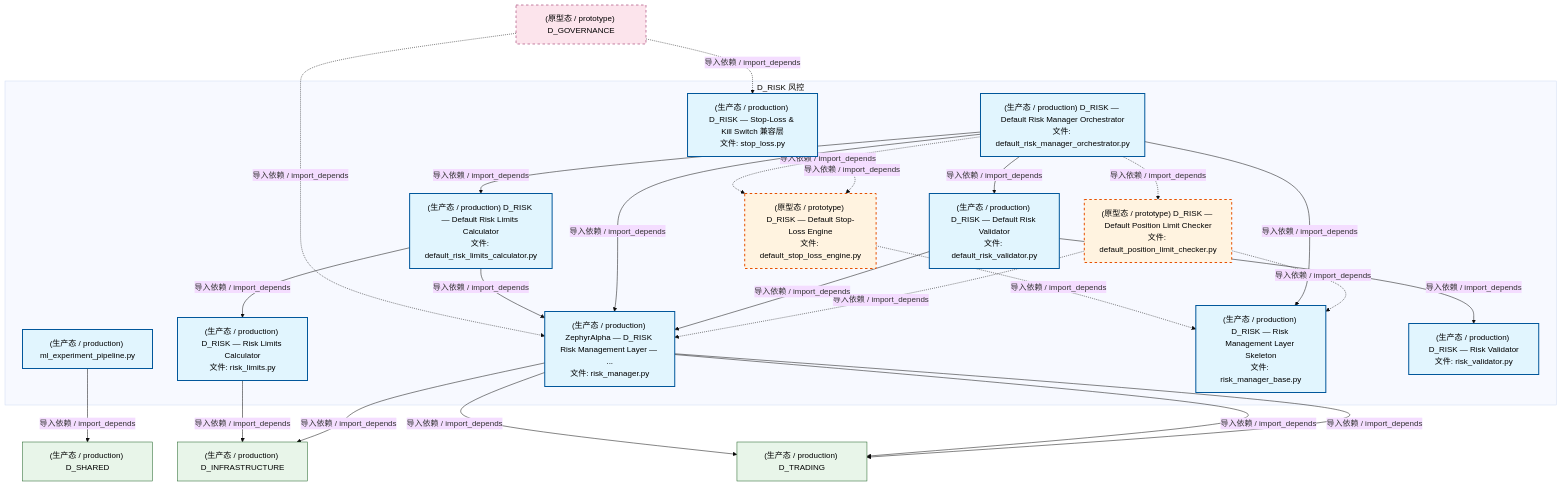
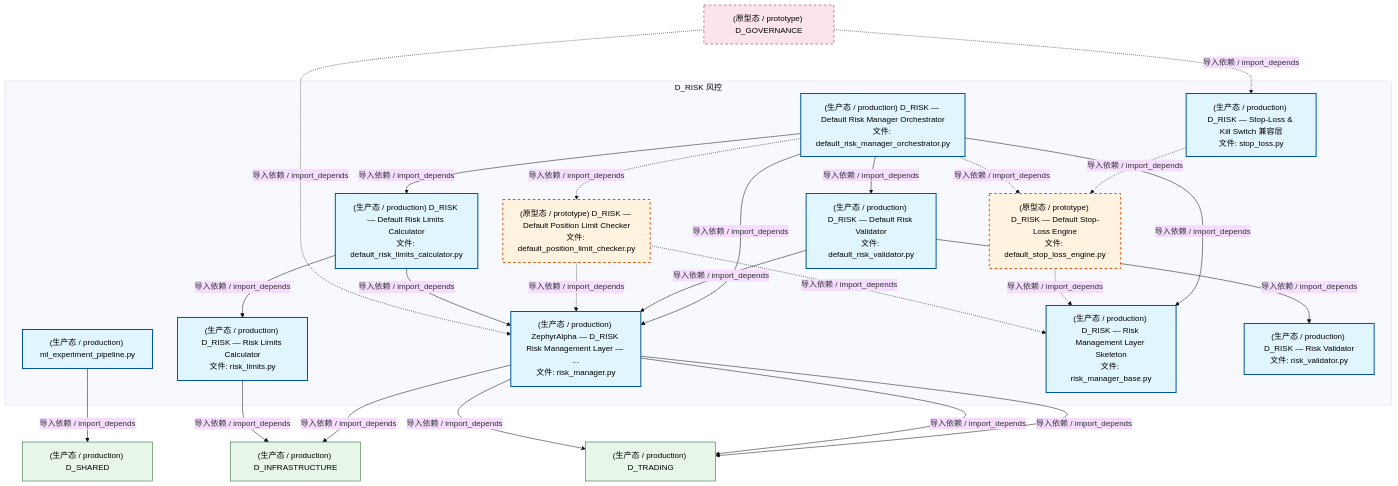
One commit to xuanFelixVan/ZephyrAlpha changed the first of 4 diagrams in docs/02_enterprise_architecture/02_domain_architecture_docs/54_d_risk.md. Above: the diagram before and after it, drawn with Mermaid (base theme). The commit also changed other lines of this file and 100 other files, not shown here.

````diff
--- a/docs/02_enterprise_architecture/02_domain_architecture_docs/54_d_risk.md
+++ b/docs/02_enterprise_architecture/02_domain_architecture_docs/54_d_risk.md
@@ -78,50 +78,50 @@
 ```mermaid
 graph TD
     subgraph D_RISK["D_RISK 风控"]
         src_zephyr_risk_cross_asset_cross_market_data_adapter_ml_experiment_pipeline_py["(生产态 / production) ml_experiment_pipeline.py"]
         src_zephyr_risk_implementations_default_position_limit_checker_py["(原型态 / prototype) D_RISK — Default Position Limit Checker<br/>文件: default_position_limit_checker.py"]
         src_zephyr_risk_implementations_default_risk_limits_calculator_py["(生产态 / production) D_RISK — Default Risk Limits Calculator<br/>文件: default_risk_limits_calculator.py"]
         src_zephyr_risk_implementations_default_risk_manager_orchestrator_py["(生产态 / production) D_RISK — Default Risk Manager Orchestrator<br/>文件: default_risk_manager_orchestrator.py"]
         src_zephyr_risk_implementations_default_risk_validator_py["(生产态 / production) D_RISK — Default Risk Validator<br/>文件: default_risk_validator.py"]
         src_zephyr_risk_implementations_default_stop_loss_engine_py["(原型态 / prototype) D_RISK — Default Stop-Loss Engine<br/>文件: default_stop_loss_engine.py"]
         src_zephyr_risk_risk_limits_py["(生产态 / production) D_RISK — Risk Limits Calculator<br/>文件: risk_limits.py"]
         src_zephyr_risk_risk_manager_py["(生产态 / production) ZephyrAlpha — D_RISK Risk Management Layer — ...<br/>文件: risk_manager.py"]
         src_zephyr_risk_risk_manager_base_py["(生产态 / production) D_RISK — Risk Management Layer Skeleton<br/>文件: risk_manager_base.py"]
         src_zephyr_risk_risk_validator_py["(生产态 / production) D_RISK — Risk Validator<br/>文件: risk_validator.py"]
         src_zephyr_risk_stop_loss_py["(生产态 / production) D_RISK — Stop-Loss & Kill Switch 兼容层<br/>文件: stop_loss.py"]
     end
     src_zephyr_risk_stop_loss_py -.->|导入依赖 / import_depends| src_zephyr_risk_implementations_default_stop_loss_engine_py
+    src_zephyr_risk_implementations_default_risk_manager_orchestrator_py -->|导入依赖 / import_depends| src_zephyr_risk_risk_manager_py
+    src_zephyr_risk_implementations_default_risk_manager_orchestrator_py -->|导入依赖 / import_depends| src_zephyr_risk_risk_manager_base_py
+    src_zephyr_risk_implementations_default_risk_manager_orchestrator_py -.->|导入依赖 / import_depends| src_zephyr_risk_implementations_default_stop_loss_engine_py
+    src_zephyr_risk_implementations_default_risk_manager_orchestrator_py -->|导入依赖 / import_depends| src_zephyr_risk_implementations_default_risk_validator_py
+    src_zephyr_risk_implementations_default_risk_manager_orchestrator_py -.->|导入依赖 / import_depends| src_zephyr_risk_implementations_default_position_limit_checker_py
+    src_zephyr_risk_implementations_default_risk_manager_orchestrator_py -->|导入依赖 / import_depends| src_zephyr_risk_implementations_default_risk_limits_calculator_py
+    src_zephyr_risk_implementations_default_stop_loss_engine_py -.->|导入依赖 / import_depends| src_zephyr_risk_risk_manager_base_py
+    src_zephyr_risk_implementations_default_risk_validator_py -->|导入依赖 / import_depends| src_zephyr_risk_risk_manager_py
+    src_zephyr_risk_implementations_default_risk_validator_py -->|导入依赖 / import_depends| src_zephyr_risk_risk_validator_py
     src_zephyr_risk_implementations_default_position_limit_checker_py -.->|导入依赖 / import_depends| src_zephyr_risk_risk_manager_py
     src_zephyr_risk_implementations_default_position_limit_checker_py -.->|导入依赖 / import_depends| src_zephyr_risk_risk_manager_base_py
-    src_zephyr_risk_implementations_default_risk_validator_py -->|导入依赖 / import_depends| src_zephyr_risk_risk_manager_py
-    src_zephyr_risk_implementations_default_risk_validator_py -->|导入依赖 / import_depends| src_zephyr_risk_risk_validator_py
-    src_zephyr_risk_implementations_default_risk_manager_orchestrator_py -->|导入依赖 / import_depends| src_zephyr_risk_risk_manager_py
-    src_zephyr_risk_implementations_default_risk_manager_orchestrator_py -->|导入依赖 / import_depends| src_zephyr_risk_risk_manager_base_py
-    src_zephyr_risk_implementations_default_risk_manager_orchestrator_py -.->|导入依赖 / import_depends| src_zephyr_risk_implementations_default_position_limit_checker_py
-    src_zephyr_risk_implementations_default_risk_manager_orchestrator_py -->|导入依赖 / import_depends| src_zephyr_risk_implementations_default_risk_validator_py
-    src_zephyr_risk_implementations_default_risk_manager_orchestrator_py -->|导入依赖 / import_depends| src_zephyr_risk_implementations_default_risk_limits_calculator_py
-    src_zephyr_risk_implementations_default_risk_manager_orchestrator_py -.->|导入依赖 / import_depends| src_zephyr_risk_implementations_default_stop_loss_engine_py
     src_zephyr_risk_implementations_default_risk_limits_calculator_py -->|导入依赖 / import_depends| src_zephyr_risk_risk_limits_py
     src_zephyr_risk_implementations_default_risk_limits_calculator_py -->|导入依赖 / import_depends| src_zephyr_risk_risk_manager_py
-    src_zephyr_risk_implementations_default_stop_loss_engine_py -.->|导入依赖 / import_depends| src_zephyr_risk_risk_manager_base_py
     D_INFRASTRUCTURE["(生产态 / production) D_INFRASTRUCTURE"]
     src_zephyr_risk_risk_manager_py -->|导入依赖 / import_depends| D_INFRASTRUCTURE
     D_TRADING["(生产态 / production) D_TRADING"]
     src_zephyr_risk_risk_manager_py -->|导入依赖 / import_depends| D_TRADING
     src_zephyr_risk_risk_manager_py -->|导入依赖 / import_depends| D_TRADING
     src_zephyr_risk_risk_manager_py -->|导入依赖 / import_depends| D_TRADING
     src_zephyr_risk_risk_limits_py -->|导入依赖 / import_depends| D_INFRASTRUCTURE
     D_SHARED["(生产态 / production) D_SHARED"]
     src_zephyr_risk_cross_asset_cross_market_data_adapter_ml_experiment_pipeline_py -->|导入依赖 / import_depends| D_SHARED
     D_GOVERNANCE["(原型态 / prototype) D_GOVERNANCE"]
     D_GOVERNANCE -.->|导入依赖 / import_depends| src_zephyr_risk_stop_loss_py
     D_GOVERNANCE -.->|导入依赖 / import_depends| src_zephyr_risk_risk_manager_py
     classDef production fill:#e1f5fe,stroke:#01579b,stroke-width:2px,color:#000
     classDef design fill:#fff3e0,stroke:#e65100,stroke-width:2px,color:#000,stroke-dasharray: 5 5
     classDef external_prod fill:#e8f5e9,stroke:#1b5e20,stroke-width:1px,color:#000
     classDef external_design fill:#fce4ec,stroke:#880e4f,stroke-width:1px,color:#000,stroke-dasharray: 5 5
     class src_zephyr_risk_cross_asset_cross_market_data_adapter_ml_experiment_pipeline_py,src_zephyr_risk_implementations_default_risk_limits_calculator_py,src_zephyr_risk_implementations_default_risk_manager_orchestrator_py,src_zephyr_risk_implementations_default_risk_validator_py,src_zephyr_risk_risk_limits_py,src_zephyr_risk_risk_manager_py,src_zephyr_risk_risk_manager_base_py,src_zephyr_risk_risk_validator_py,src_zephyr_risk_stop_loss_py production
     class src_zephyr_risk_implementations_default_position_limit_checker_py,src_zephyr_risk_implementations_default_stop_loss_engine_py design
     class D_INFRASTRUCTURE,D_TRADING,D_SHARED external_prod
     class D_GOVERNANCE external_design
 ```
````
